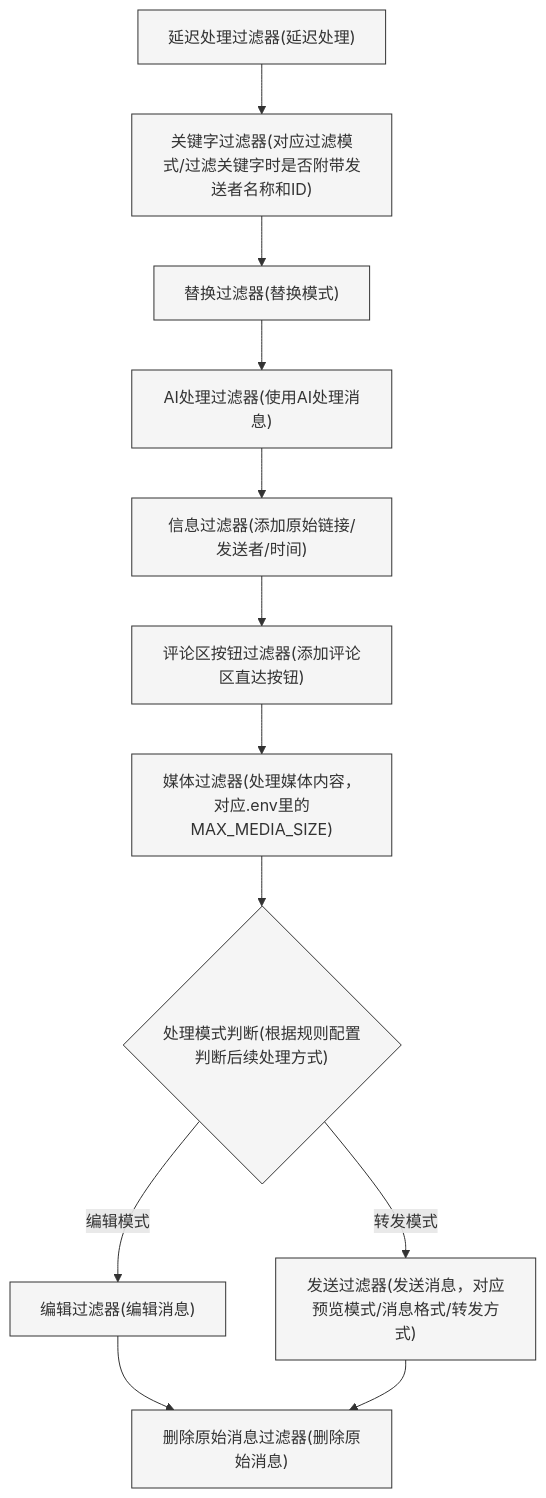
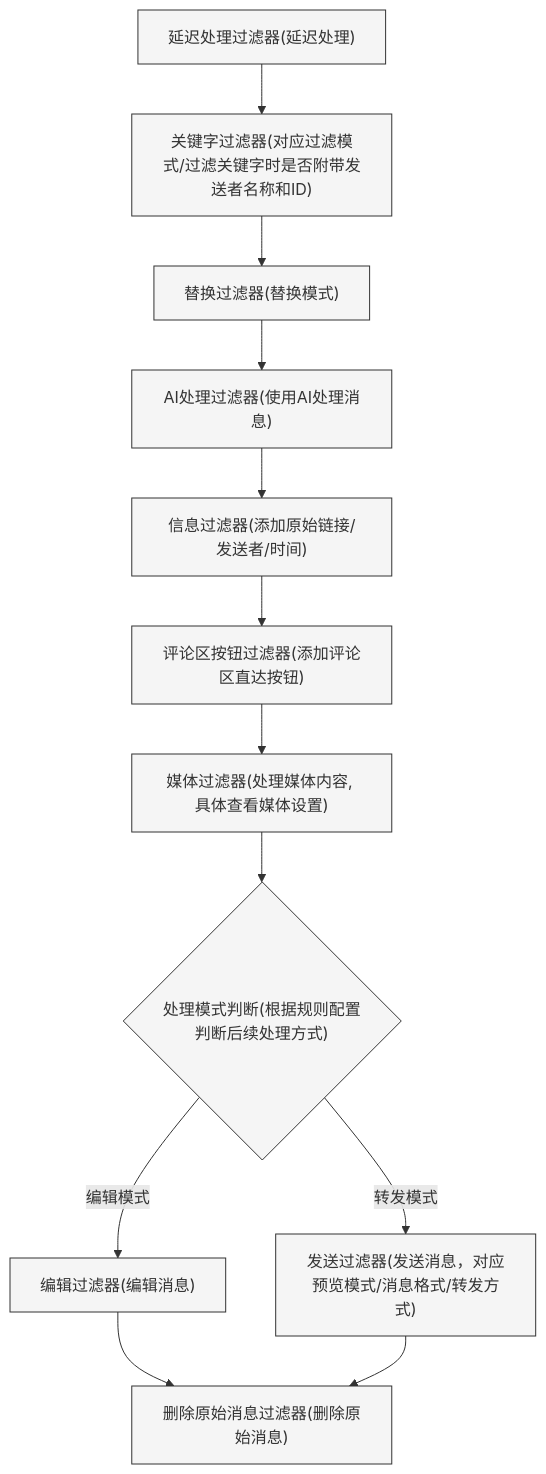
One commit to zhangnoter/TG changed the diagram in README.md. Above: the diagram before and after it, drawn with Mermaid.

````diff
--- a/README.md
+++ b/README.md
@@ -286,19 +286,19 @@
 ```mermaid
 flowchart TD
     A["延迟处理过滤器(延迟处理)"] --> B["关键字过滤器(对应过滤模式/过滤关键字时是否附带发送者名称和ID)"]
     B --> C["替换过滤器(替换模式)"]
     C --> D["AI处理过滤器(使用AI处理消息)"]
     D --> E["信息过滤器(添加原始链接/发送者/时间)"]
     E --> K["评论区按钮过滤器(添加评论区直达按钮)"]
-    K --> F["媒体过滤器(处理媒体内容，对应.env里的MAX_MEDIA_SIZE)"]
+    K --> F["媒体过滤器(处理媒体内容, 具体查看媒体设置)"]
     F --> J{"处理模式判断(根据规则配置判断后续处理方式)"}
     J -->|编辑模式| G["编辑过滤器(编辑消息)"]
     J -->|转发模式| H["发送过滤器(发送消息，对应预览模式/消息格式/转发方式)"]
     G --> I["删除原始消息过滤器(删除原始消息)"]
     H --> I
 
     classDef filter fill:#f5f5f5,stroke:#333,stroke-width:1px;
     class A,B,C,D,E,F,G,H,I,K filter;
     classDef decision fill:#f5f5f5,stroke:#333,stroke-width:1px;
     class J decision;
 ```
````
